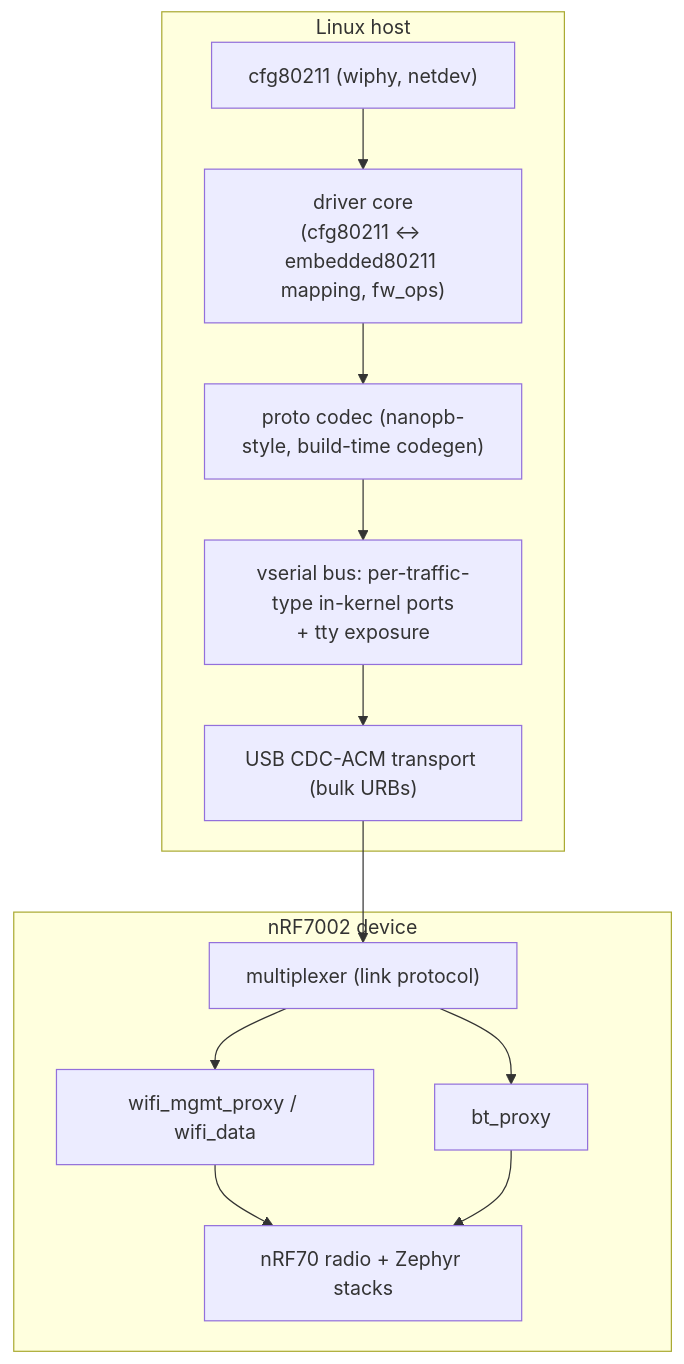
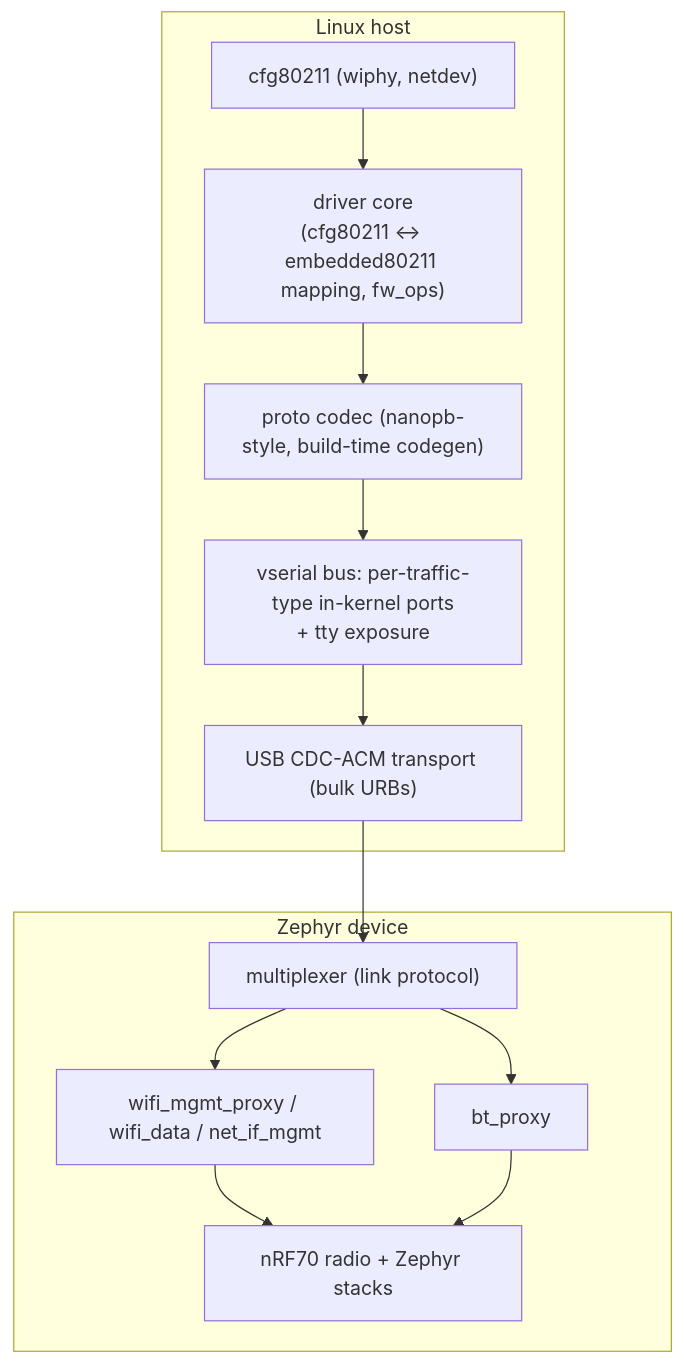
The diagram in linux/README.md (mjaakkol/embedded80211_serial), drawn with Mermaid before and after one commit. The commit also changed other lines of this file, not shown here.

Commit message:
added clarification to mermaid diagram

````diff
--- a/linux/README.md
+++ b/linux/README.md
@@ -226,19 +226,19 @@
 ```mermaid
 flowchart TB
     subgraph HOST["Linux host"]
         C8["cfg80211 (wiphy, netdev)"]
         DRV["driver core<br/>(cfg80211 ↔ embedded80211 mapping, fw_ops)"]
         CODEC["proto codec (nanopb-style, build-time codegen)"]
         BUS["vserial bus: per-traffic-type in-kernel ports<br/>+ tty exposure"]
         USB["USB CDC-ACM transport (bulk URBs)"]
     end
-    subgraph DEV["nRF7002 device"]
+    subgraph DEV["Zephyr device"]
         MUX["multiplexer (link protocol)"]
-        WP["wifi_mgmt_proxy / wifi_data"]
+        WP["wifi_mgmt_proxy / wifi_data / net_if_mgmt"]
         BP["bt_proxy"]
         RF["nRF70 radio + Zephyr stacks"]
     end
     C8 --> DRV --> CODEC --> BUS --> USB --> MUX
     MUX --> WP --> RF
     MUX --> BP --> RF
 ```
````
